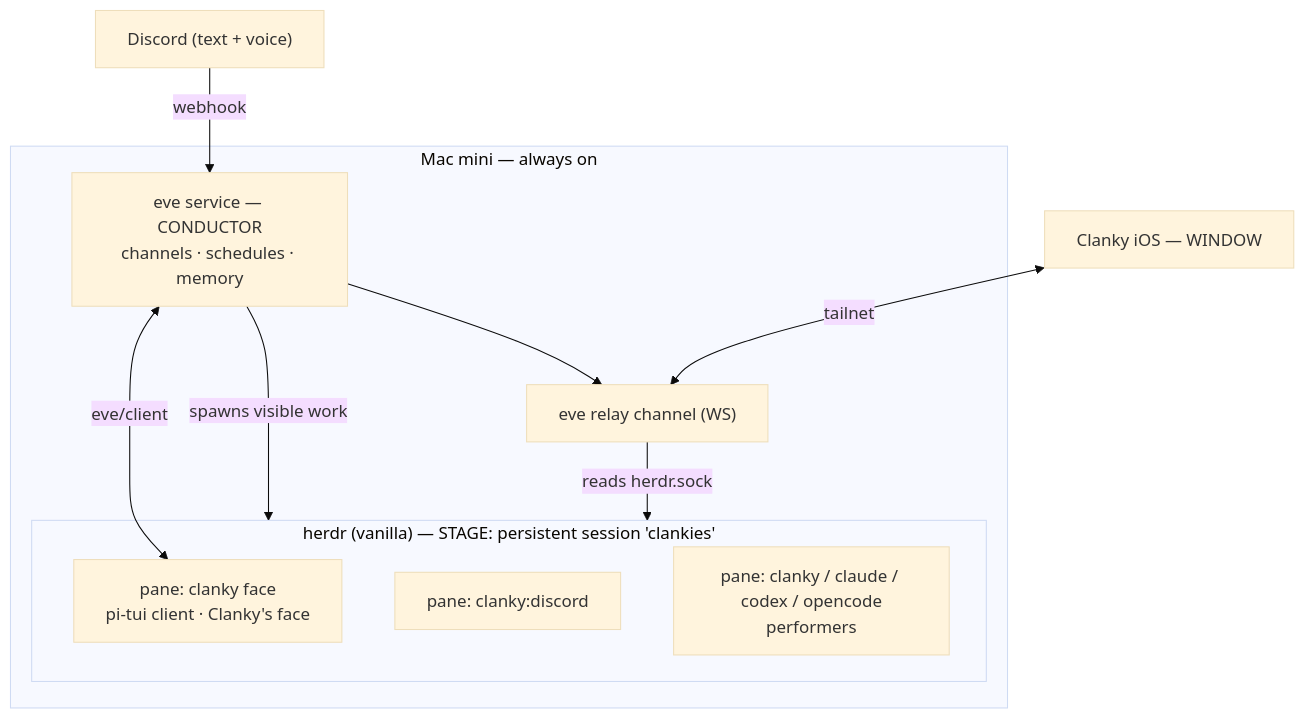
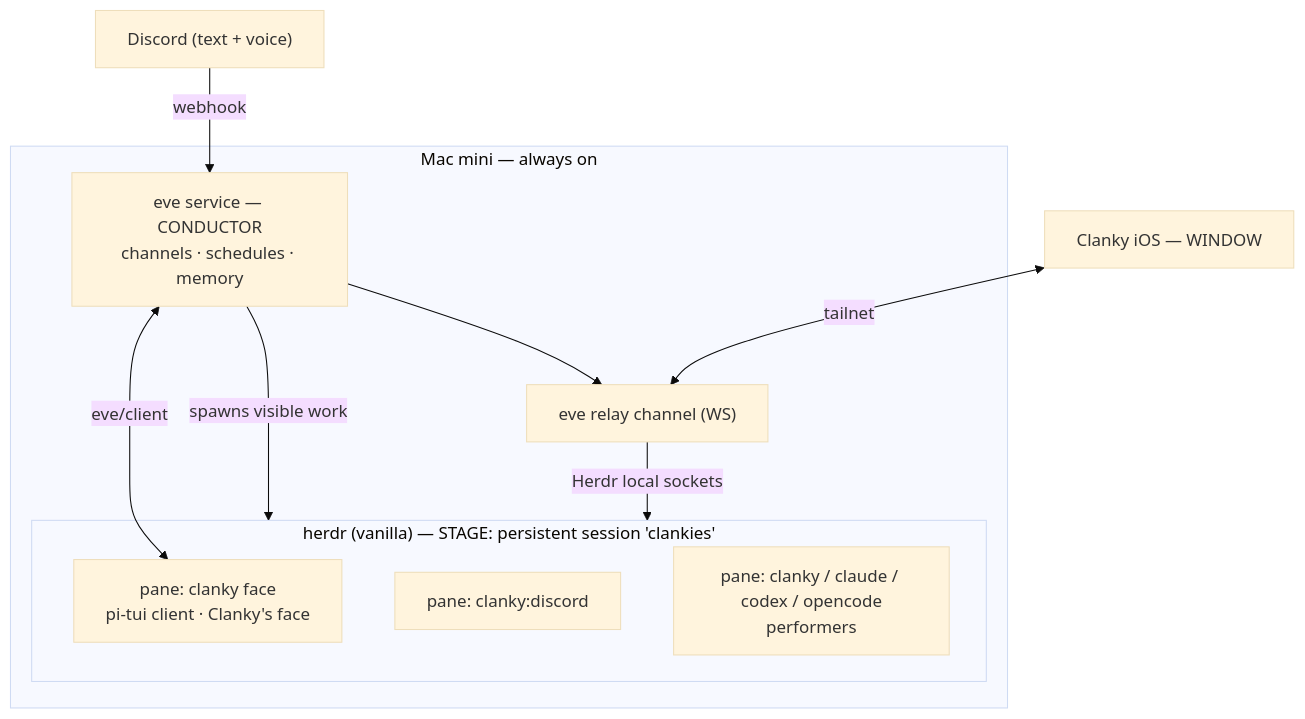
Before and after one commit to Volpestyle/clanky: the diagram in README.md, drawn with Mermaid (base theme). The commit also changed 1 other file, not shown here.

Commit message:
Clarify Herdr relay socket docs

````diff
--- a/README.md
+++ b/README.md
@@ -45,21 +45,21 @@
 ```mermaid
 flowchart TB
   subgraph mac["Mac mini — always on"]
     subgraph herdr["herdr (vanilla) — STAGE: persistent session 'clankies'"]
       face["pane: clanky face<br/>pi-tui client · Clanky's face"]
       disc["pane: clanky:discord"]
       w1["pane: clanky / claude / codex / opencode<br/>performers"]
     end
     eve["eve service — CONDUCTOR<br/>channels · schedules · memory"]
     relay["eve relay channel (WS)"]
   end
   phone["Clanky iOS — WINDOW"]
   discord["Discord (text + voice)"]
 
   discord -->|webhook| eve
   eve -->|spawns visible work| herdr
   eve <-->|eve/client| face
   eve --> relay
-  relay -->|reads herdr.sock| herdr
+  relay -->|Herdr local sockets| herdr
   phone <-->|tailnet| relay
 ```
````
